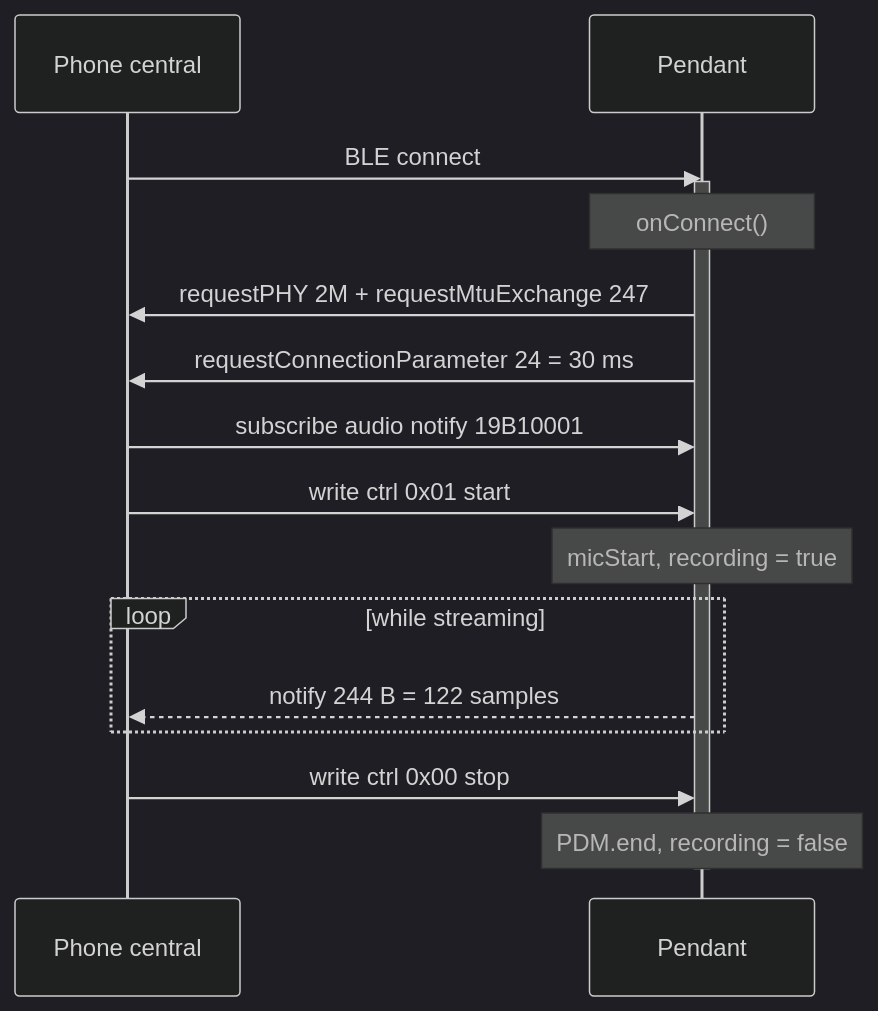
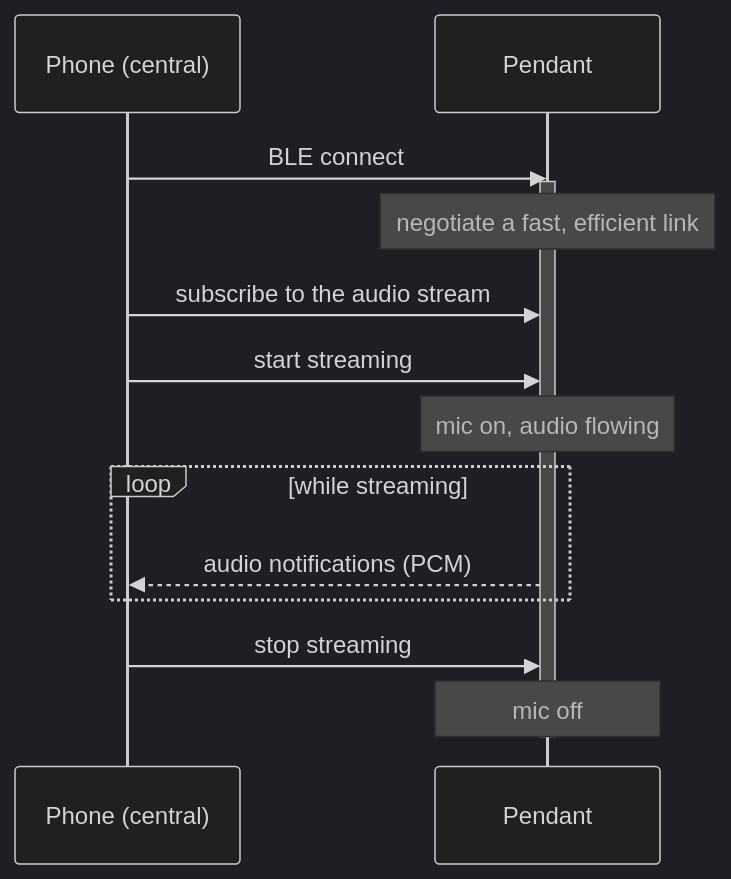
One commit to Longcao24/sate-companion changed the first of 3 diagrams in docs-site/docs/guides/pendant.md. Above: the diagram before and after it, drawn with Mermaid (dark theme). The commit also changed other lines of this file and 17 other files, not shown here.

First line of the commit message:
docs-site: generalize published docs + add system-overview diagram

````diff
--- a/docs-site/docs/guides/pendant.md
+++ b/docs-site/docs/guides/pendant.md
@@ -166,19 +99,17 @@
 ```mermaid
 sequenceDiagram
-    participant C as Phone central
+    participant C as Phone (central)
     participant P as Pendant
     C->>P: BLE connect
     activate P
-    Note over P: onConnect()
-    P->>C: requestPHY 2M + requestMtuExchange 247
-    P->>C: requestConnectionParameter 24 = 30 ms
-    C->>P: subscribe audio notify 19B10001
-    C->>P: write ctrl 0x01 start
-    Note over P: micStart, recording = true
+    Note over P: negotiate a fast, efficient link
+    C->>P: subscribe to the audio stream
+    C->>P: start streaming
+    Note over P: mic on, audio flowing
     loop while streaming
-        P-->>C: notify 244 B = 122 samples
+        P-->>C: audio notifications (PCM)
     end
-    C->>P: write ctrl 0x00 stop
-    Note over P: PDM.end, recording = false
+    C->>P: stop streaming
+    Note over P: mic off
     deactivate P
 ```
````
